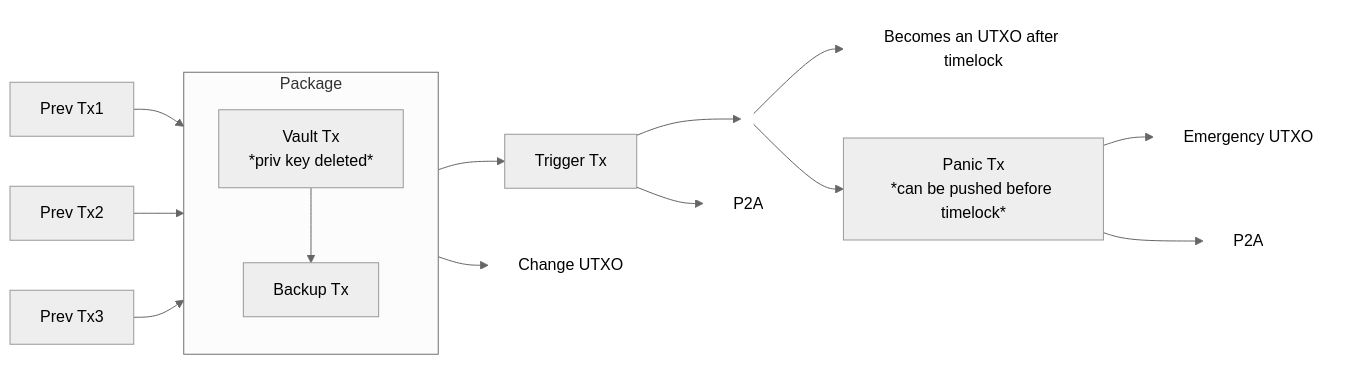
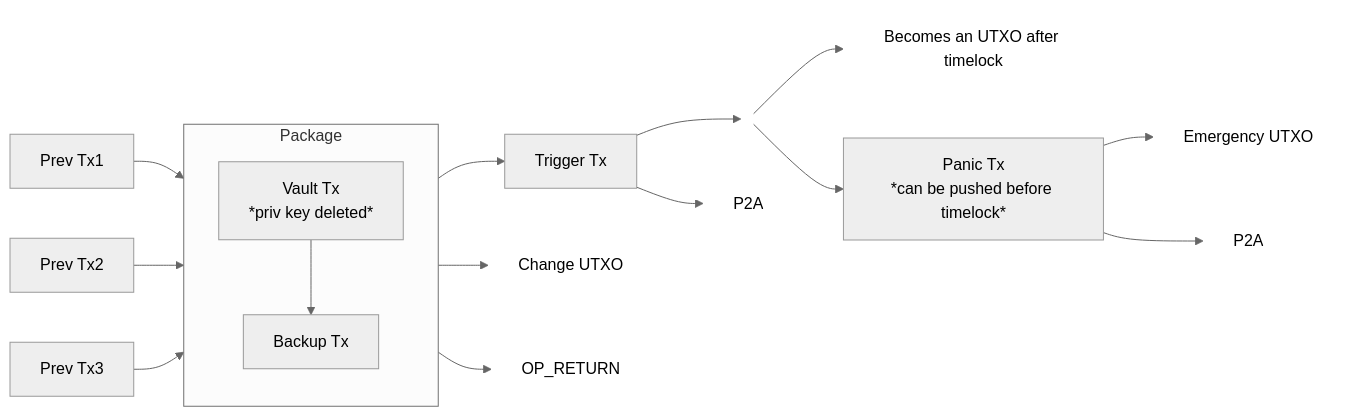
Before and after one commit to bitcoinerlab/playground: the first of 2 diagrams in descriptors/rewind2/README.md, drawn with Mermaid (neutral theme). The commit also changed other lines of this file and 3 other files, not shown here.

````diff
--- a/descriptors/rewind2/README.md
+++ b/descriptors/rewind2/README.md
@@ -76,50 +76,52 @@
 ```mermaid
 flowchart LR
     U1[Prev Tx1]
     U2[Prev Tx2]
     U3[Prev Tx3]
 
     %% Package
     subgraph Package
         direction TB
         V[Vault Tx<br/>*priv key deleted*]
         B[Backup Tx]
     end
 
     T[Trigger Tx]
     C[Change UTXO]
 
     %% Fork node
     F(( ))
     style F fill:transparent,stroke:transparent
 
     %% UTXO N as borderless box
     UTXON[Becomes an UTXO after timelock]
     style UTXON fill:transparent,stroke:transparent
 
     %% Inputs
     U1 --> V
     U2 --> V
     U3 --> V
 
     %% Vault outputs
     V --> B
+    B --> O_B[OP_RETURN]
+    style O_B fill:transparent,stroke:transparent
     V --> T
     V --> C
     style C fill:transparent,stroke:transparent
 
     %% Trigger Tx outputs
     T --> F
     T --> A_T[P2A]
     style A_T fill:transparent,stroke:transparent
 
     %% Forked outputs
     F --> P[Panic Tx<br/>*can be pushed before timelock*]
     F --> UTXON
 
     %% Panic Tx outputs
     P --> E[Emergency UTXO]
     style E fill:transparent,stroke:transparent
     P --> A_P[P2A]
     style A_P fill:transparent,stroke:transparent
 ```
````
